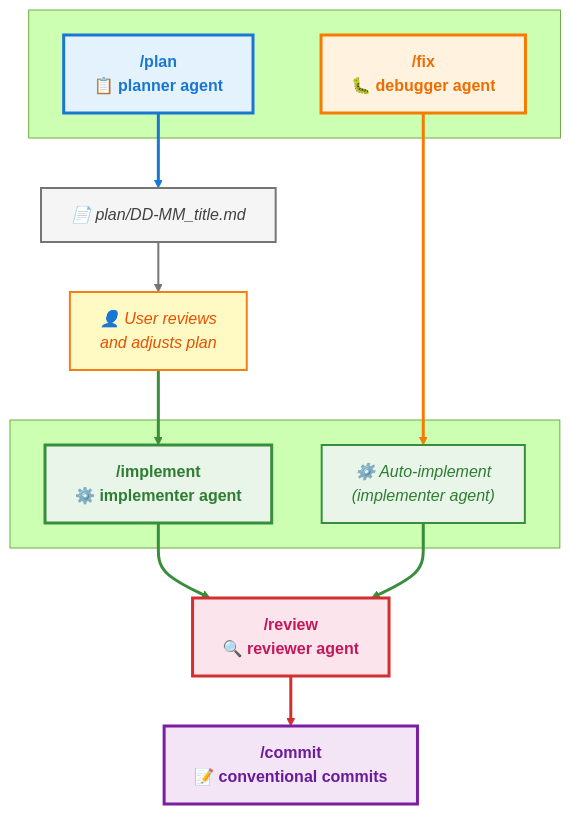
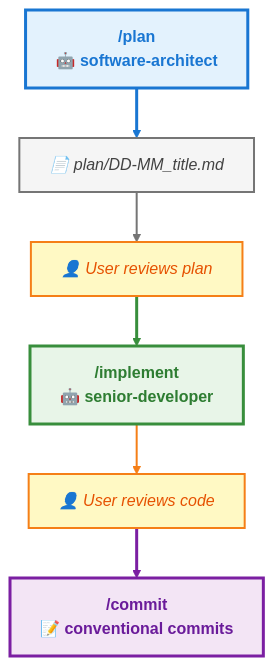
The diagram in README.md (OscSer/agents-config), drawn with Mermaid (forest theme) before and after one commit. The commit also changed other lines of this file and 11 other files, not shown here.

First line of the commit message:
refactor: consolidate agents architecture and simplify command workflow

````diff
--- a/README.md
+++ b/README.md
@@ -46,52 +57,31 @@
 ```mermaid
 flowchart TD
-    %% Top level commands at same level
-    subgraph " "
-        Plan["/plan<br/>📋 planner agent"]
-        Fix["/fix<br/>🐛 debugger agent"]
-    end
+    %% Top level command
+    Plan["/plan<br/>🤖 software-architect"]
 
     %% Development workflow
     Plan --> PlanFile["📄 plan/DD-MM_title.md"]
-    PlanFile --> Review["👤 User reviews<br/>and adjusts plan"]
-    Review --> Implement["/implement<br/>⚙️ implementer agent"]
-
-    %% Fix workflow
-    Fix --> AutoImplement["⚙️ Auto-implement<br/>(implementer agent)"]
-
-    %% Align implementer agents at same level
-    subgraph " "
-        Implement
-        AutoImplement
-    end
-
-    %% Common endpoints
-    Implement --> CodeReview["/review<br/>🔍 reviewer agent"]
-    AutoImplement --> CodeReview
+    PlanFile --> Review["👤 User reviews plan"]
+    Review --> Implement["/implement<br/>🤖 senior-developer"]
+    Implement --> CodeReview["👤 User reviews code"]
     CodeReview --> Commit["/commit<br/>📝 conventional commits"]
 
     %% Command styles with rounded corners and shadows
     style Plan fill:#e3f2fd,stroke:#1976d2,stroke-width:3px,color:#1976d2,font-weight:bold
     style Implement fill:#e8f5e8,stroke:#388e3c,stroke-width:3px,color:#2e7d32,font-weight:bold
-    style Fix fill:#fff3e0,stroke:#f57c00,stroke-width:3px,color:#ef6c00,font-weight:bold
-    style CodeReview fill:#fce4ec,stroke:#d32f2f,stroke-width:3px,color:#c2185b,font-weight:bold
     style Commit fill:#f3e5f5,stroke:#7b1fa2,stroke-width:3px,color:#6a1b9a,font-weight:bold
 
     %% File style
     style PlanFile fill:#f5f5f5,stroke:#757575,stroke-width:2px,color:#424242,font-style:italic
 
     %% User action style
     style Review fill:#fff9c4,stroke:#f57f17,stroke-width:2px,color:#e65100,font-style:italic
-
-    %% Auto-implement style
-    style AutoImplement fill:#e8f5e8,stroke:#388e3c,stroke-width:2px,color:#2e7d32,font-style:italic
+    style CodeReview fill:#fff9c4,stroke:#f57f17,stroke-width:2px,color:#e65100,font-style:italic
 
     %% Link styles
     linkStyle 0 stroke:#1976d2,stroke-width:3px
     linkStyle 1 stroke:#757575,stroke-width:2px
     linkStyle 2 stroke:#388e3c,stroke-width:3px
-    linkStyle 3 stroke:#f57c00,stroke-width:3px
-    linkStyle 4 stroke:#388e3c,stroke-width:3px
-    linkStyle 5 stroke:#388e3c,stroke-width:3px
-    linkStyle 6 stroke:#d32f2f,stroke-width:3px
+    linkStyle 3 stroke:#f57f17,stroke-width:2px
+    linkStyle 4 stroke:#7b1fa2,stroke-width:3px
 ```
````
